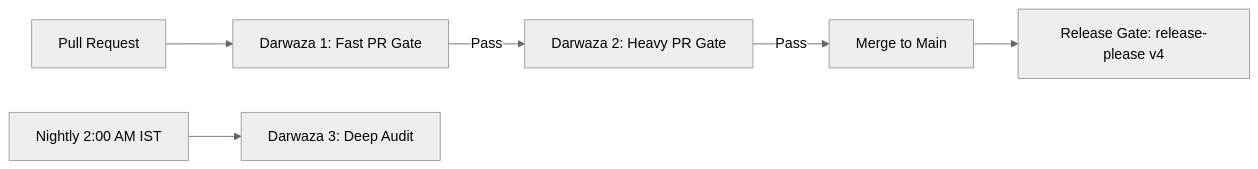
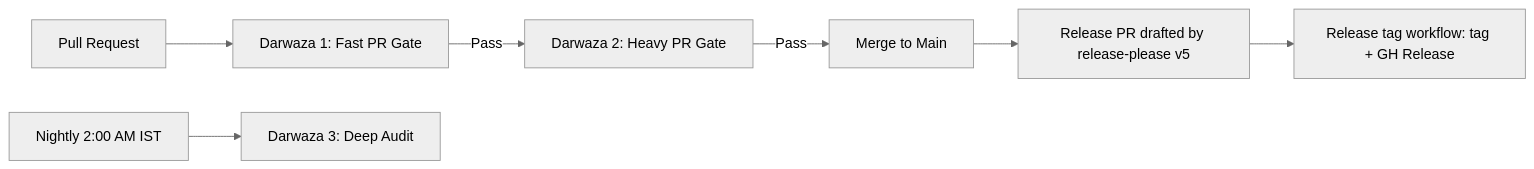
One commit to SudhirDevOps1/NovaPulse changed the second of 2 diagrams in README.md. Above: the diagram before and after it, drawn with Mermaid (neutral theme). The commit also changed other lines of this file and 3 other files, not shown here.

````diff
--- a/README.md
+++ b/README.md
@@ -322,8 +322,9 @@
 ```mermaid
 flowchart LR
     PR[Pull Request] --> D1[Darwaza 1: Fast PR Gate]
     D1 -->|Pass| D2[Darwaza 2: Heavy PR Gate]
     D2 -->|Pass| Merge[Merge to Main]
-    Merge --> Release[Release Gate: release-please v4]
+    Merge --> Rel[Release PR drafted by release-please v5]
+    Rel --> Publish[Release tag workflow: tag + GH Release]
     Daily[Nightly 2:00 AM IST] --> D3[Darwaza 3: Deep Audit]
 ```
````
